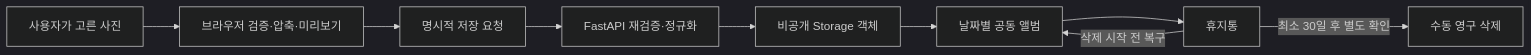
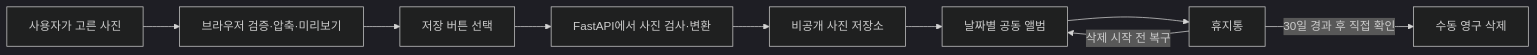
The third of 5 diagrams in guides/architecture.md (jhpark-jarvis/we2day), drawn with Mermaid (dark theme) before and after one commit. The commit also changed other lines of this file and 6 other files, not shown here.

````diff
--- a/guides/architecture.md
+++ b/guides/architecture.md
@@ -92,11 +73,11 @@
 ```mermaid
 flowchart LR
   File["사용자가 고른 사진"] --> Prepare["브라우저 검증·압축·미리보기"]
-  Prepare --> Save["명시적 저장 요청"]
-  Save --> Normalize["FastAPI 재검증·정규화"]
-  Normalize --> Storage["비공개 Storage 객체"]
+  Prepare --> Save["저장 버튼 선택"]
+  Save --> Normalize["FastAPI에서 사진 검사·변환"]
+  Normalize --> Storage["비공개 사진 저장소"]
   Storage --> Album["날짜별 공동 앨범"]
   Album --> Trash["휴지통"]
   Trash -->|"삭제 시작 전 복구"| Album
-  Trash -->|"최소 30일 후 별도 확인"| Purge["수동 영구 삭제"]
+  Trash -->|"30일 경과 후 직접 확인"| Purge["수동 영구 삭제"]
 ```
````
